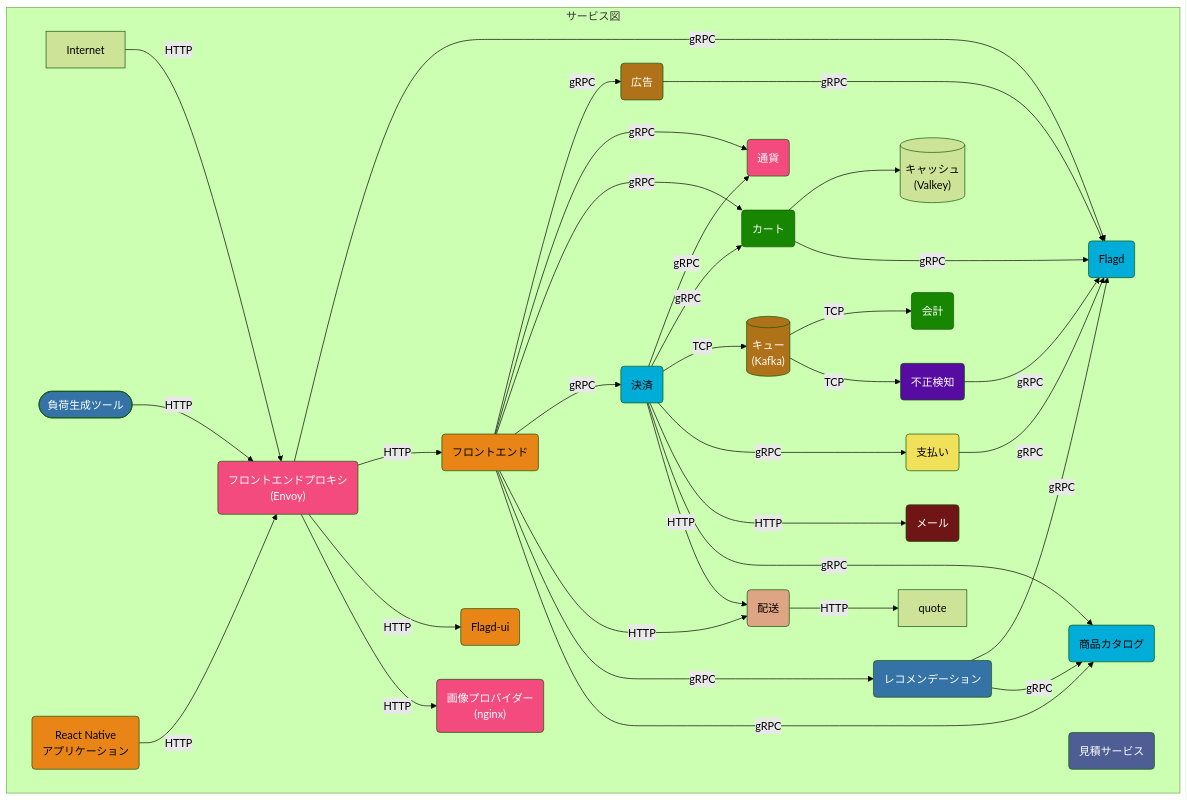
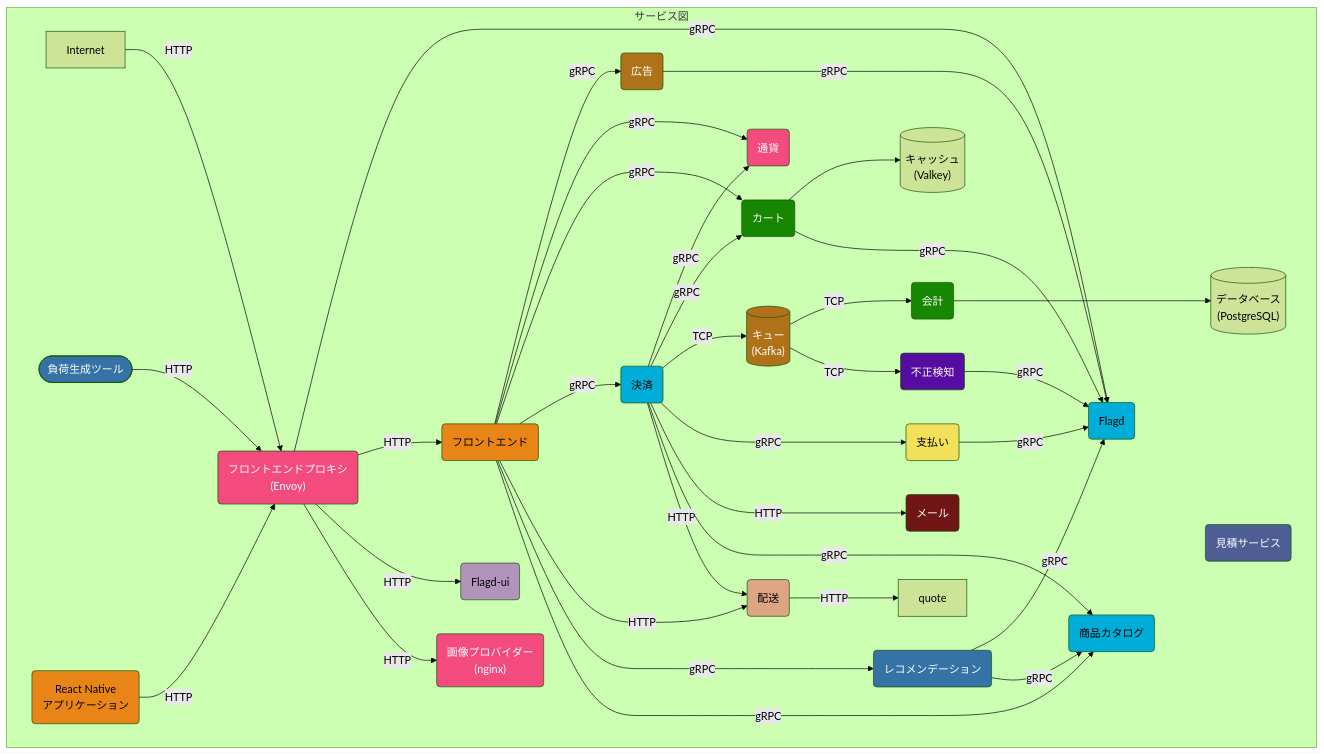
The first of 3 diagrams in content/ja/docs/demo/architecture.md (open-telemetry/opentelemetry.io), drawn with Mermaid (forest theme) before and after one commit. The commit also changed other lines of this file, not shown here.

Commit message:
fix: drifted a file of content/ja/docs/demo/architecture.md

```diff
--- a/content/ja/docs/demo/architecture.md
+++ b/content/ja/docs/demo/architecture.md
@@ -21,7 +20,7 @@
 currency(通貨):::cpp
 email(メール):::ruby
 flagd(Flagd):::golang
-flagd-ui(Flagd-ui):::typescript
+flagd-ui(Flagd-ui):::elixir
 fraud-detection(不正検知):::kotlin
 frontend(フロントエンド):::typescript
 frontend-proxy(フロントエンドプロキシ <br/>&#40Envoy&#41):::cpp
@@ -34,6 +33,9 @@
 shipping(配送):::rust
 queue[(キュー<br/>&#40Kafka&#41)]:::java
 react-native-app(React Native<br>アプリケーション):::typescript
+postgresql[(データベース<br/>&#40PostgreSQL&#41)]
+
+accounting ---> postgresql
 
 ad ---->|gRPC| flagd
 
@@ -81,6 +83,7 @@
 
 classDef dotnet fill:#178600,color:white;
 classDef cpp fill:#f34b7d,color:white;
+classDef elixir fill:#b294bb,color:black;
 classDef golang fill:#00add8,color:black;
 classDef java fill:#b07219,color:white;
 classDef javascript fill:#f1e05a,color:black;
```
